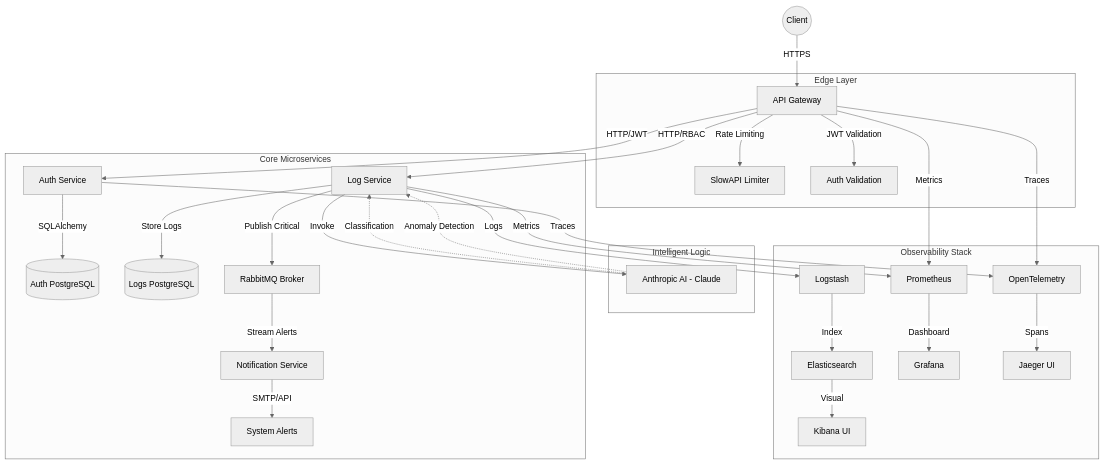
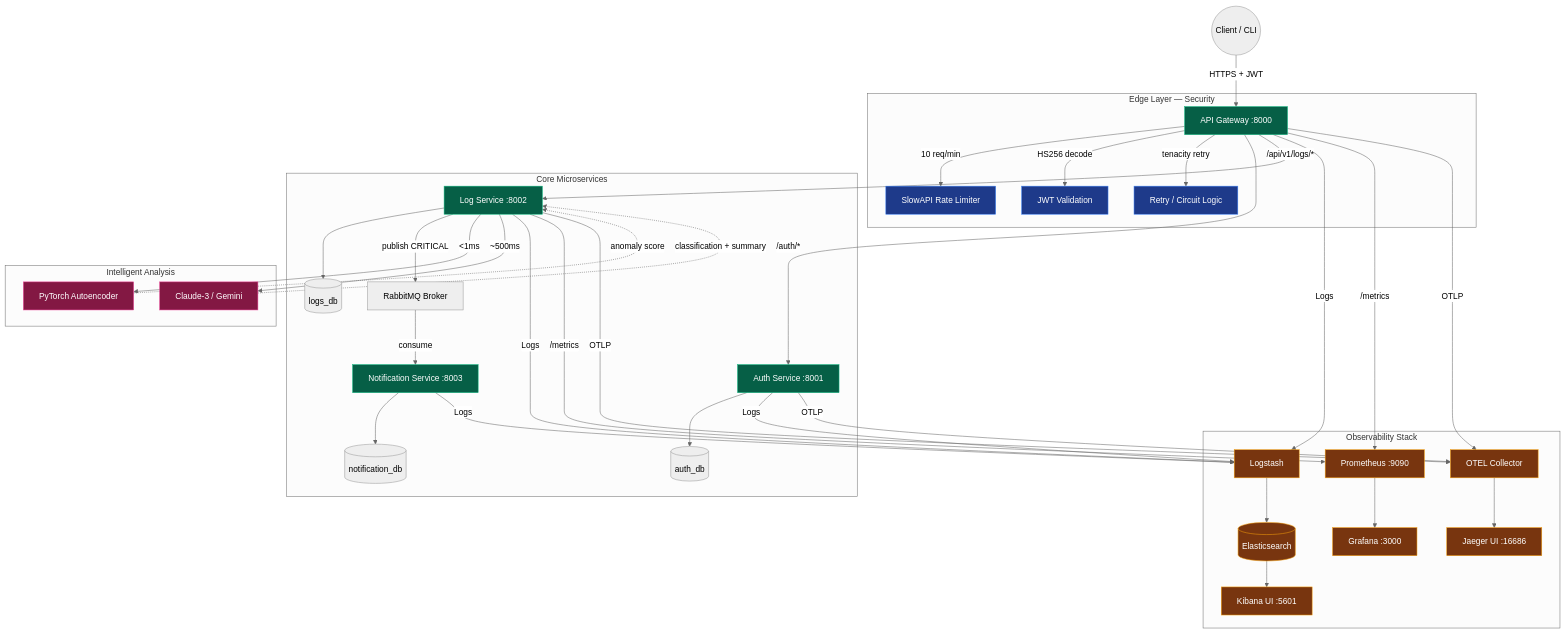
Before and after one commit to abikooo/-UYG414-HW-1: the diagram in README.md, drawn with Mermaid (neutral theme). The commit also changed other lines of this file, not shown here.

````diff
--- a/README.md
+++ b/README.md
@@ -9,39 +81,50 @@
 ```mermaid
 graph TD
-    User((Client)) -->|HTTPS| Gateway[API Gateway]
-    
-    subgraph "Edge Layer"
-        Gateway -->|Rate Limiting| SlowAPI[SlowAPI Limiter]
-        Gateway -->|JWT Validation| EdgeAuth[Auth Validation]
+    User((Client / CLI)) -->|HTTPS + JWT| Gateway[API Gateway :8000]
+
+    subgraph "Edge Layer — Security"
+        Gateway -->|10 req/min| SlowAPI[SlowAPI Rate Limiter]
+        Gateway -->|HS256 decode| EdgeAuth[JWT Validation]
+        Gateway -->|tenacity retry| Resilience[Retry / Circuit Logic]
     end
-    
+
     subgraph "Core Microservices"
-        Gateway -->|HTTP/JWT| AuthSvc[Auth Service]
-        AuthSvc -->|SQLAlchemy| AuthDB[(Auth PostgreSQL)]
-        
-        Gateway -->|HTTP/RBAC| LogSvc[Log Service]
-        LogSvc -->|Store Logs| LogDB[(Logs PostgreSQL)]
-        LogSvc -->|Publish Critical| Rabbit[RabbitMQ Broker]
-        
-        Rabbit -->|Stream Alerts| NotifSvc[Notification Service]
-        NotifSvc -->|SMTP/API| Alerts[System Alerts]
+        Gateway -->|/auth/*| AuthSvc[Auth Service :8001]
+        AuthSvc --> AuthDB[(auth_db)]
+
+        Gateway -->|/api/v1/logs/*| LogSvc[Log Service :8002]
+        LogSvc --> LogDB[(logs_db)]
+        LogSvc -->|publish CRITICAL| Rabbit[RabbitMQ Broker]
+
+        Rabbit -->|consume| NotifSvc[Notification Service :8003]
+        NotifSvc --> NotifDB[(notification_db)]
     end
-    
-    subgraph "Intelligent Logic"
-        LogSvc -->|Invoke| Claude[Anthropic AI - Claude]
-        Claude -.->|Classification| LogSvc
-        Claude -.->|Anomaly Detection| LogSvc
+
+    subgraph "Intelligent Analysis"
+        LogSvc -->|<1ms| Local[PyTorch Autoencoder]
+        LogSvc -->|~500ms| Claude[Claude-3 / Gemini]
+        Local -.->|anomaly score| LogSvc
+        Claude -.->|classification + summary| LogSvc
     end
-    
+
     subgraph "Observability Stack"
-        LogSvc -->|Logs| Logstash[Logstash]
-        Logstash -->|Index| Elastic[Elasticsearch]
-        Elastic -->|Visual| Kibana[Kibana UI]
-        
-        Gateway & LogSvc -->|Metrics| Prometheus[Prometheus]
-        Prometheus -->|Dashboard| Grafana[Grafana]
-        
-        Gateway & AuthSvc -->|Traces| OTEL[OpenTelemetry]
-        OTEL -->|Spans| Jaeger[Jaeger UI]
+        LogSvc & AuthSvc & Gateway & NotifSvc -->|Logs| Logstash
+        Logstash --> Elastic[(Elasticsearch)]
+        Elastic --> Kibana[Kibana UI :5601]
+
+        LogSvc & Gateway -->|/metrics| Prometheus[Prometheus :9090]
+        Prometheus --> Grafana[Grafana :3000]
+
+        Gateway & AuthSvc & LogSvc -->|OTLP| OTEL[OTEL Collector]
+        OTEL --> Jaeger[Jaeger UI :16686]
     end
+
+    classDef edge fill:#1e3a8a,stroke:#3b82f6,color:#fff
+    classDef core fill:#065f46,stroke:#10b981,color:#fff
+    classDef ai fill:#831843,stroke:#ec4899,color:#fff
+    classDef obs fill:#78350f,stroke:#f59e0b,color:#fff
+    class SlowAPI,EdgeAuth,Resilience edge
+    class AuthSvc,LogSvc,NotifSvc,Gateway core
+    class Local,Claude ai
+    class Logstash,Elastic,Kibana,Prometheus,Grafana,OTEL,Jaeger obs
 ```
````
